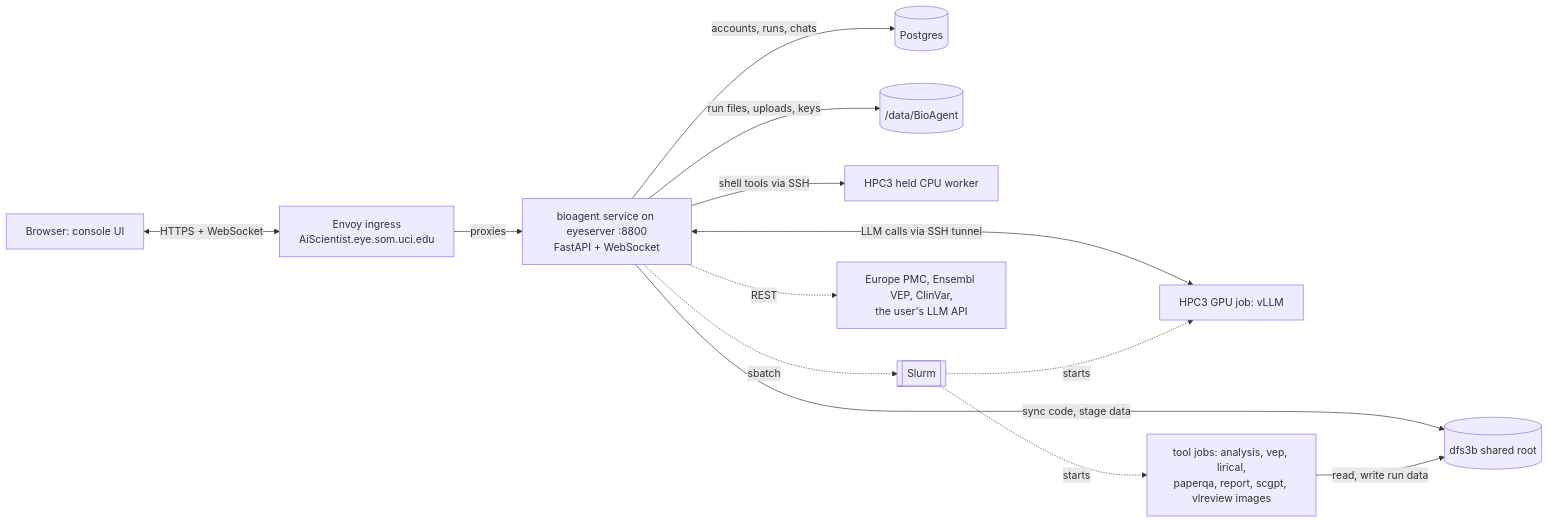
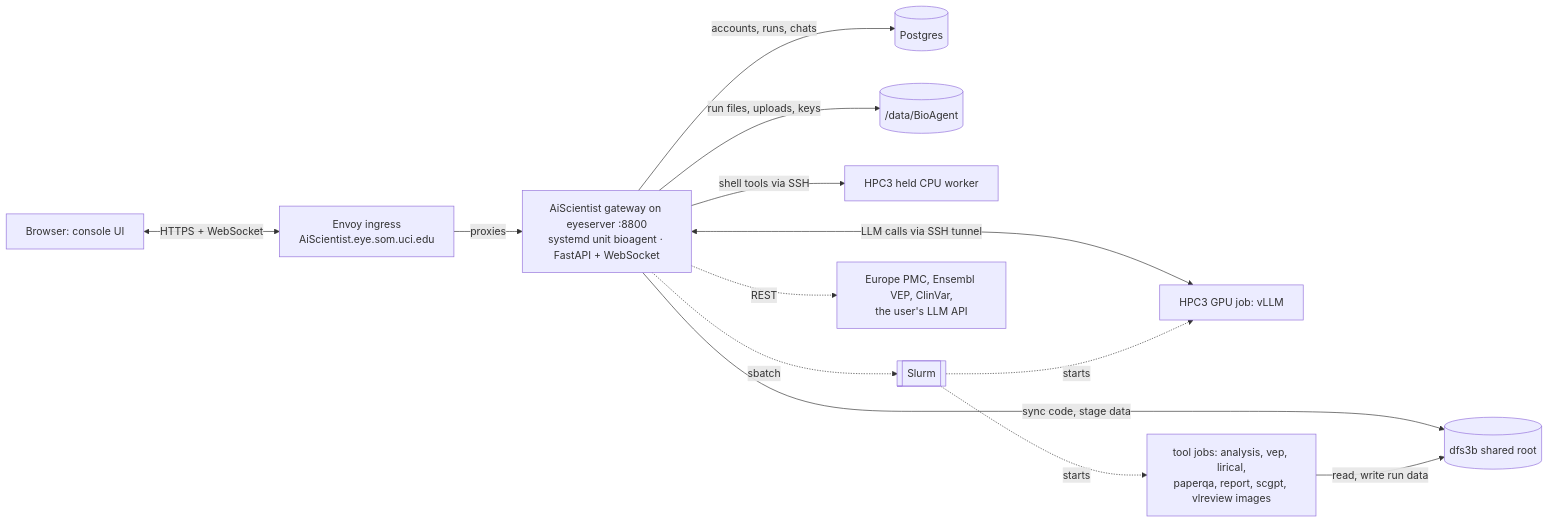
Before and after one commit to RCHENLAB/AiScientist: the first of 4 diagrams in docs/architecture/README.md, drawn with Mermaid. The commit also changed other lines of this file and 687 other files, not shown here.

````diff
--- a/docs/architecture/README.md
+++ b/docs/architecture/README.md
@@ -25,15 +26,15 @@
 ```mermaid
 flowchart LR
     browser["Browser: console UI"] <-->|"HTTPS + WebSocket"| envoy["Envoy ingress<br/>AiScientist.eye.som.uci.edu"]
-    envoy -->|"proxies"| gw["bioagent service on eyeserver :8800<br/>FastAPI + WebSocket"]
+    envoy -->|"proxies"| gw["AiScientist gateway on eyeserver :8800<br/>systemd unit bioagent · FastAPI + WebSocket"]
     gw -->|"accounts, runs, chats"| pg[("Postgres")]
     gw -->|"run files, uploads, keys"| data[("/data/BioAgent")]
     gw -->|"sync code, stage data"| dfs[("dfs3b shared root")]
     gw <-->|"LLM calls via SSH tunnel"| vllm["HPC3 GPU job: vLLM"]
     gw -->|"shell tools via SSH"| worker["HPC3 held CPU worker"]
     gw -.->|"sbatch"| slurm[["Slurm"]]
     slurm -.->|"starts"| jobs["tool jobs: analysis, vep, lirical,<br/>paperqa, report, scgpt, vlreview images"]
     slurm -.->|"starts"| vllm
     jobs -->|"read, write run data"| dfs
     gw -.->|"REST"| apis["Europe PMC, Ensembl VEP, ClinVar,<br/>the user's LLM API"]
 ```
````
